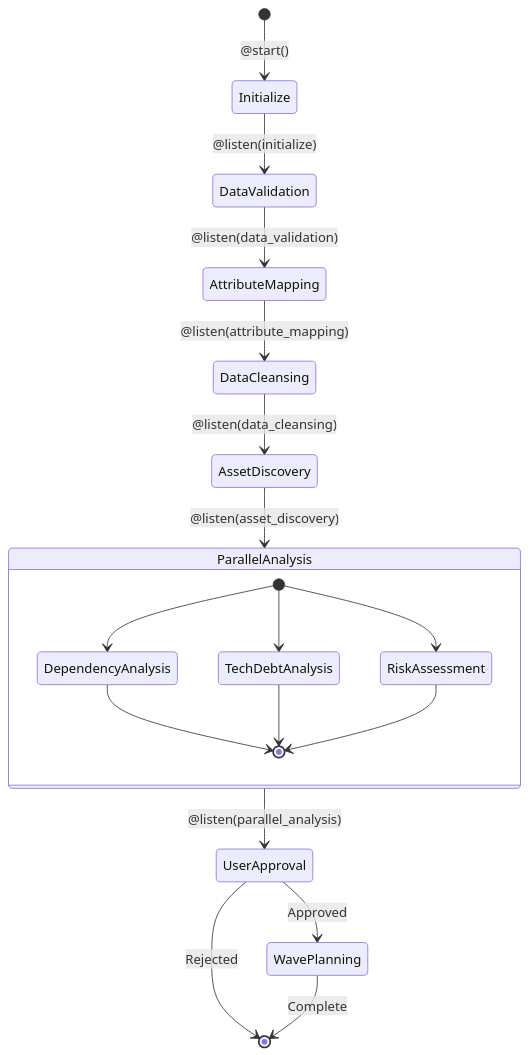
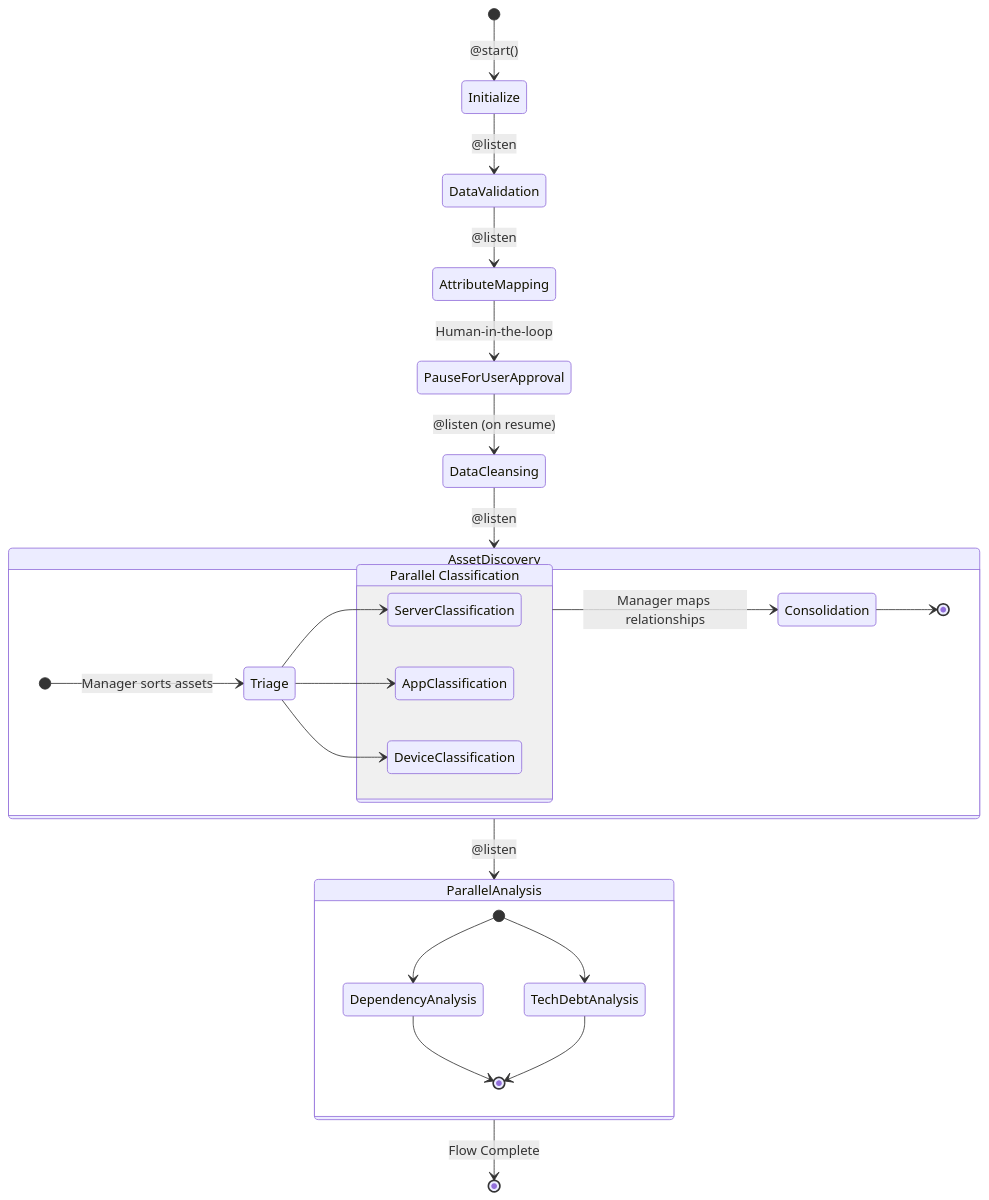
One commit to amitcjmu/Stock-Analysis changed the third of 7 diagrams in docs/planning/discovery-flow/data-flow-diagram.md. Above: the diagram before and after it, drawn with Mermaid. The commit also changed other lines of this file and 1737 other files, not shown here.

First line of the commit message:
🎯 Flow Lifecycle Management: Soft delete with audit trail & pause/resume

````diff
--- a/docs/planning/discovery-flow/data-flow-diagram.md
+++ b/docs/planning/discovery-flow/data-flow-diagram.md
@@ -119,23 +119,38 @@
 ```mermaid
 stateDiagram-v2
     [*] --> Initialize: @start()
-    Initialize --> DataValidation: @listen(initialize)
-    DataValidation --> AttributeMapping: @listen(data_validation)
-    AttributeMapping --> DataCleansing: @listen(attribute_mapping)
-    DataCleansing --> AssetDiscovery: @listen(data_cleansing)
-    AssetDiscovery --> ParallelAnalysis: @listen(asset_discovery)
+    Initialize --> DataValidation: @listen
+    DataValidation --> AttributeMapping: @listen
+    AttributeMapping --> PauseForUserApproval: Human-in-the-loop
+    PauseForUserApproval --> DataCleansing: @listen (on resume)
+    DataCleansing --> AssetDiscovery: @listen
+
+    state AssetDiscovery {
+        direction LR
+        [*] --> Triage: Manager sorts assets
+        Triage --> ServerClassification
+        Triage --> AppClassification
+        Triage --> DeviceClassification
+        
+        state "Parallel Classification" as PC {
+            direction LR
+            ServerClassification
+            AppClassification
+            DeviceClassification
+        }
+
+        PC --> Consolidation: Manager maps relationships
+        Consolidation --> [*]
+    }
+
+    AssetDiscovery --> ParallelAnalysis: @listen
     
     state ParallelAnalysis {
         [*] --> DependencyAnalysis
         [*] --> TechDebtAnalysis
-        [*] --> RiskAssessment
         DependencyAnalysis --> [*]
         TechDebtAnalysis --> [*]
-        RiskAssessment --> [*]
     }
     
-    ParallelAnalysis --> UserApproval: @listen(parallel_analysis)
-    UserApproval --> WavePlanning: Approved
-    UserApproval --> [*]: Rejected
-    WavePlanning --> [*]: Complete
+    ParallelAnalysis --> [*]: Flow Complete
 ```
````
